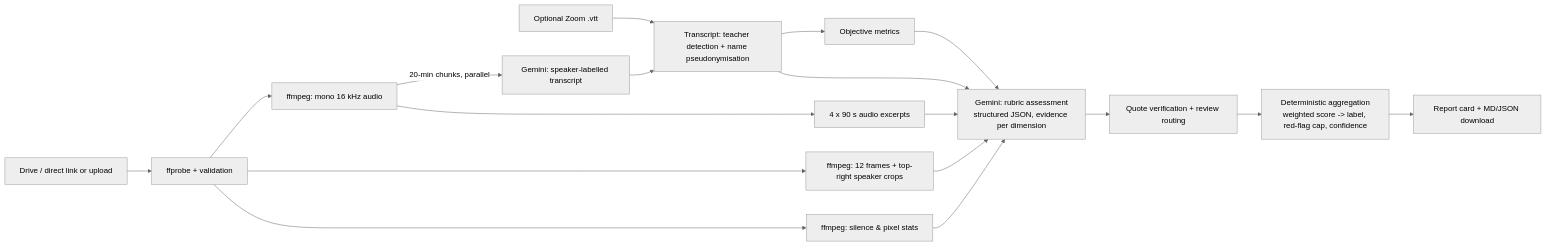
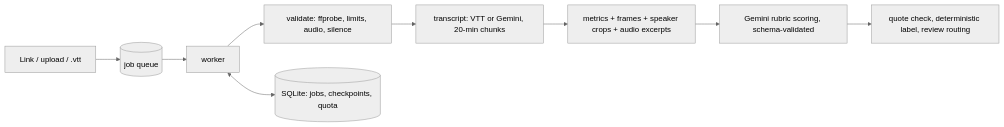
Before and after one commit to khushalkumar/class-quality-assessor: the diagram in README.md, drawn with Mermaid (neutral theme). The commit also changed other lines of this file and 1 other file, not shown here.

Commit message:
README rewrite; EVALUATION: trust-layer analysis and job-path e2e run

````diff
--- a/README.md
+++ b/README.md
@@ -65,16 +34,10 @@
 ```mermaid
 flowchart LR
-    A[Drive / direct link or upload] --> B[ffprobe + validation]
-    B --> C[ffmpeg: mono 16 kHz audio]
-    B --> D[ffmpeg: 12 frames + top-right speaker crops]
-    B --> E[ffmpeg: silence & pixel stats]
-    V[Optional Zoom .vtt] --> T
-    C -->|20-min chunks, parallel| G1[Gemini: speaker-labelled transcript]
-    G1 --> T[Transcript: teacher detection + name pseudonymisation]
-    T --> M[Objective metrics]
-    C --> X[4 x 90 s audio excerpts]
-    T & M & D & E & X --> G2[Gemini: rubric assessment<br/>structured JSON, evidence per dimension]
-    G2 --> Q[Quote verification + review routing]
-    Q --> S[Deterministic aggregation<br/>weighted score -> label, red-flag cap, confidence]
-    S --> R[Report card + MD/JSON download]
+  A[Link / upload / .vtt] --> Q[(job queue)] --> W[worker]
+  W --> V[validate: ffprobe, limits, audio, silence]
+  V --> T[transcript: VTT or Gemini, 20-min chunks]
+  T --> M[metrics + frames + speaker crops + audio excerpts]
+  M --> S[Gemini rubric scoring, schema-validated]
+  S --> F[quote check, deterministic label, review routing]
+  W <--> DB[(SQLite: jobs, checkpoints, quota)]
 ```
````
